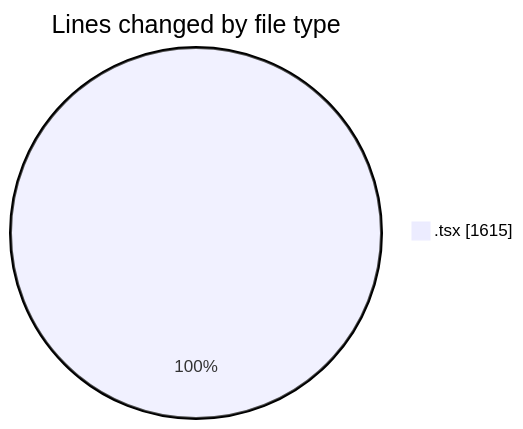
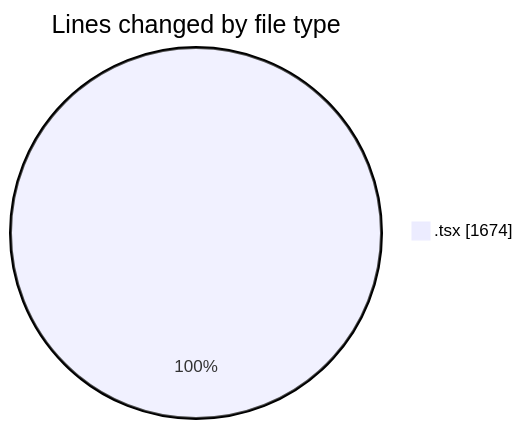
One commit to momahboobian/code-tracking changed the first of 2 diagrams in 2025-11-11/cda/README.md. Above: the diagram before and after it, drawn with Mermaid. The commit also changed other lines of this file and 1 other file, not shown here.

````diff
--- a/2025-11-11/cda/README.md
+++ b/2025-11-11/cda/README.md
@@ -23,5 +23,5 @@
 ```mermaid
 pie showData
 title Lines changed by file type
-".tsx" : 1615
+".tsx" : 1674
 ```
````
